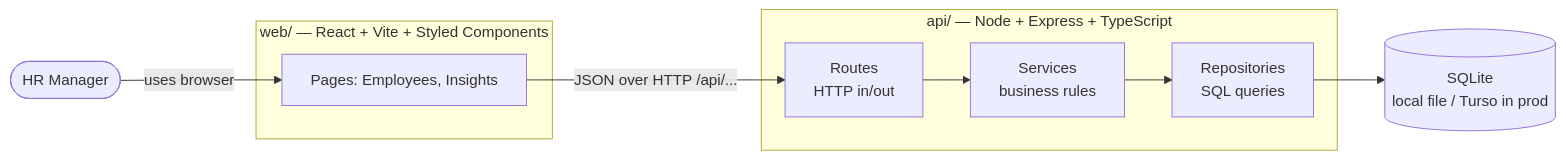
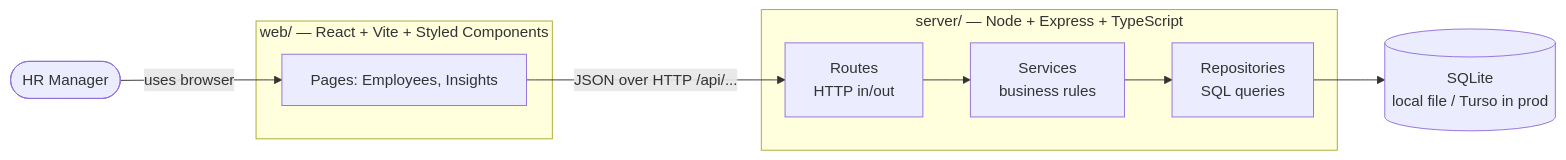
The first of 2 diagrams in docs/02-architecture.md (muskangupta423/Incubyte), drawn with Mermaid before and after one commit. The commit also changed other lines of this file and 43 other files, not shown here.

First line of the commit message:
build: rename api/ folder to server/ so Vercel stops treating it as functions

````diff
--- a/docs/02-architecture.md
+++ b/docs/02-architecture.md
@@ -5,16 +5,16 @@
 ```mermaid
 flowchart LR
     HR([HR Manager]) -->|uses browser| WEB
 
     subgraph Frontend [web/ — React + Vite + Styled Components]
         WEB[Pages: Employees, Insights]
     end
 
-    subgraph Backend [api/ — Node + Express + TypeScript]
+    subgraph Backend [server/ — Node + Express + TypeScript]
         R[Routes<br/>HTTP in/out] --> S[Services<br/>business rules]
         S --> REPO[Repositories<br/>SQL queries]
     end
 
     WEB -->|JSON over HTTP /api/...| R
     REPO --> DB[(SQLite<br/>local file / Turso in prod)]
 ```
````
